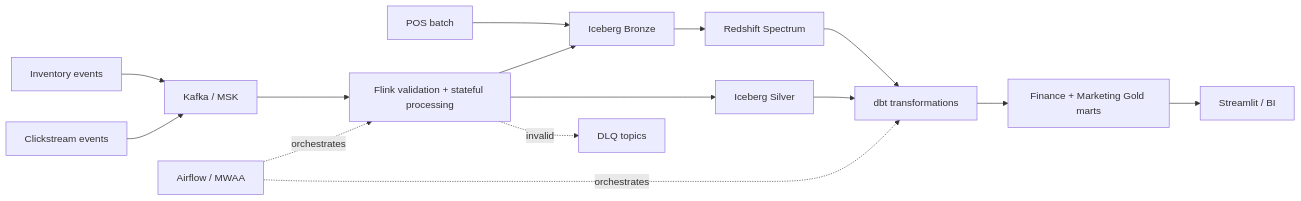
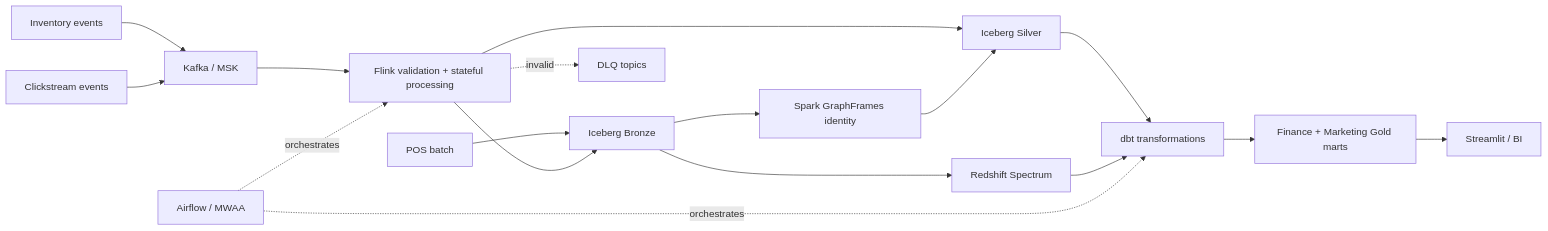
Before and after one commit to jerry98s/global_retail_analytics: the diagram in README.md, drawn with Mermaid. The commit also changed other lines of this file and 22 other files, not shown here.

````diff
--- a/README.md
+++ b/README.md
@@ -75,17 +75,19 @@
 ```mermaid
 flowchart LR
   POS["POS batch"] --> BRONZE["Iceberg Bronze"]
   INV["Inventory events"] --> KAFKA["Kafka / MSK"]
   CLICK["Clickstream events"] --> KAFKA
   KAFKA --> FLINK["Flink validation + stateful processing"]
   FLINK --> BRONZE
   FLINK --> SILVER["Iceberg Silver"]
   FLINK -. invalid .-> DLQ["DLQ topics"]
+  BRONZE --> SPARK["Spark GraphFrames identity"]
+  SPARK --> SILVER
   BRONZE --> SPECTRUM["Redshift Spectrum"]
   SILVER --> DBT["dbt transformations"]
   SPECTRUM --> DBT
   DBT --> GOLD["Finance + Marketing Gold marts"]
   GOLD --> DASH["Streamlit / BI"]
   AIRFLOW["Airflow / MWAA"] -. orchestrates .-> FLINK
   AIRFLOW -. orchestrates .-> DBT
 ```
````
